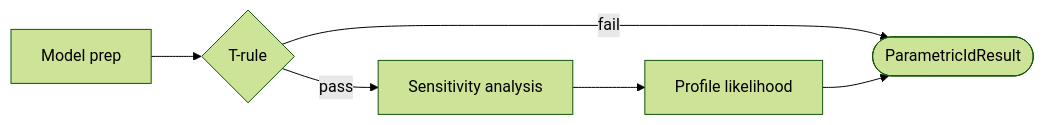
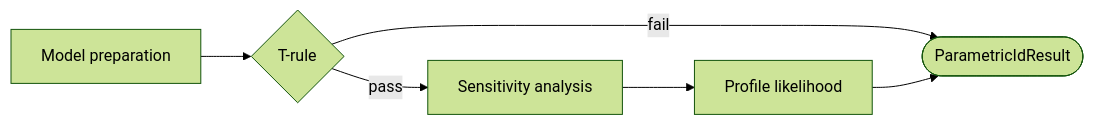
Before and after one commit to ma9o/causal-ssm-agent: the diagram in docs/pipeline/04b-parametric-identifiability.md, drawn with Mermaid (forest theme). The commit also changed other lines of this file and 11 other files, not shown here.

````diff
--- a/docs/pipeline/04b-parametric-identifiability.md
+++ b/docs/pipeline/04b-parametric-identifiability.md
@@ -22,5 +22,5 @@
 ```mermaid
 flowchart LR
-    M[Model prep] --> T{T-rule} -- fail --> R([ParametricIdResult])
+    M[Model preparation] --> T{T-rule} -- fail --> R([ParametricIdResult])
     T -- pass --> S[Sensitivity analysis] --> P[Profile likelihood] --> R
 ```
````
